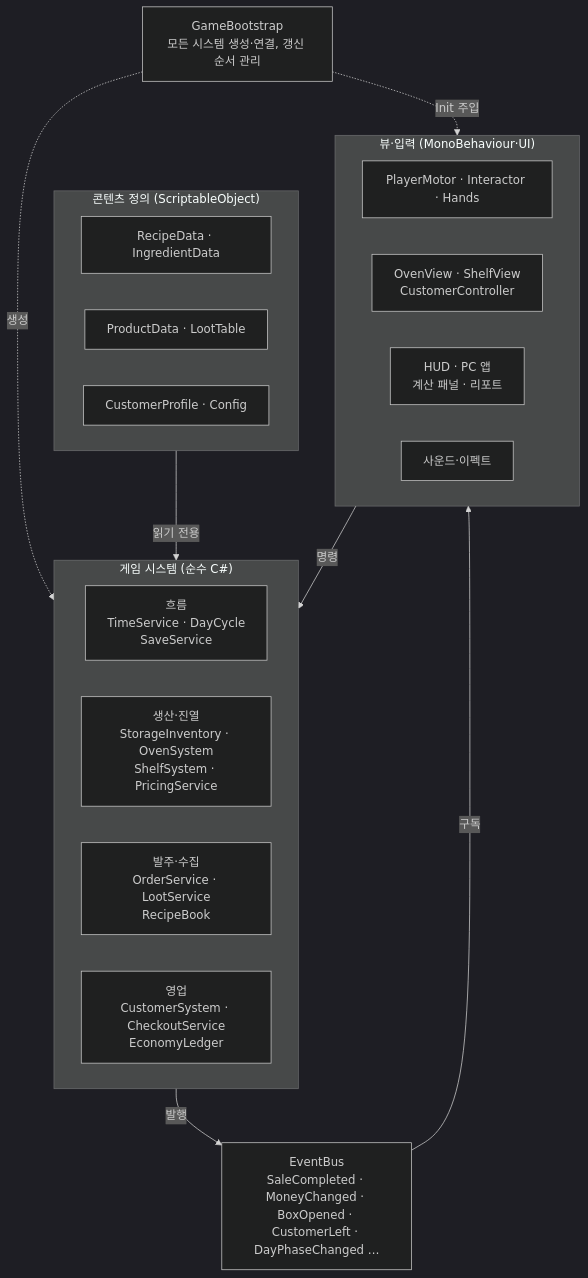
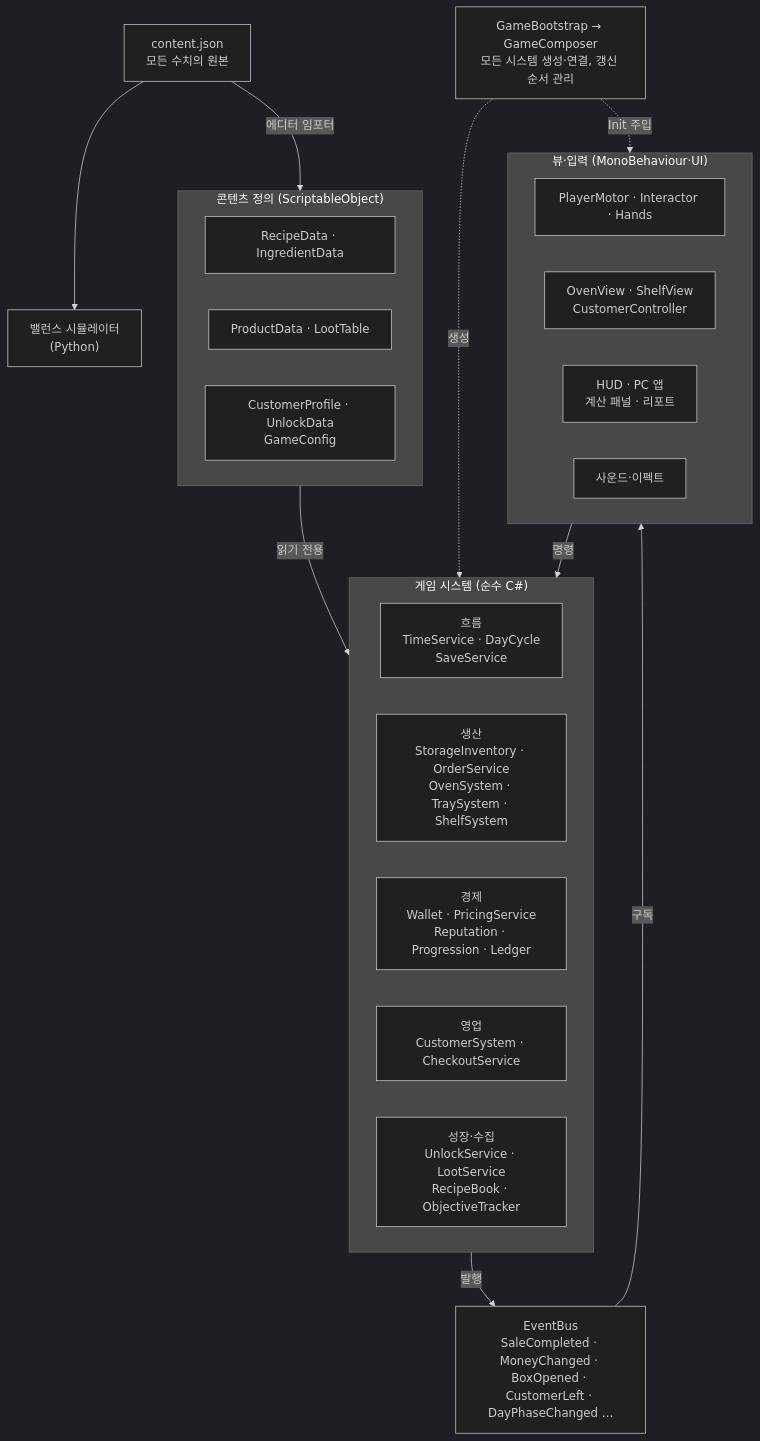
The diagram in docs/ARCHITECTURE.md (SeanKim0719/bakery-shop-simulator), drawn with Mermaid (dark theme) before and after one commit. The commit also changed other lines of this file and 43 other files, not shown here.

First line of the commit message:
docs: 기획 v2 구체화, 구현 계획(작업 45개), 수치 원본과 밸런스 시뮬레이터

````diff
--- a/docs/ARCHITECTURE.md
+++ b/docs/ARCHITECTURE.md
@@ -7,36 +7,41 @@
 ```mermaid
 flowchart TB
-    Boot["GameBootstrap<br/>모든 시스템 생성·연결, 갱신 순서 관리"]
+    Json["content.json<br/>모든 수치의 원본"]
+    Sim["밸런스 시뮬레이터<br/>(Python)"]
+    Boot["GameBootstrap → GameComposer<br/>모든 시스템 생성·연결, 갱신 순서 관리"]
 
     subgraph Data["콘텐츠 정의 (ScriptableObject)"]
         direction LR
         D1["RecipeData · IngredientData"]
         D2["ProductData · LootTable"]
-        D3["CustomerProfile · Config"]
+        D3["CustomerProfile · UnlockData<br/>GameConfig"]
     end
 
     subgraph Systems["게임 시스템 (순수 C#)"]
         direction LR
         S1["흐름<br/>TimeService · DayCycle<br/>SaveService"]
-        S2["생산·진열<br/>StorageInventory · OvenSystem<br/>ShelfSystem · PricingService"]
-        S3["발주·수집<br/>OrderService · LootService<br/>RecipeBook"]
-        S4["영업<br/>CustomerSystem · CheckoutService<br/>EconomyLedger"]
+        S2["생산<br/>StorageInventory · OrderService<br/>OvenSystem · TraySystem · ShelfSystem"]
+        S3["경제<br/>Wallet · PricingService<br/>Reputation · Progression · Ledger"]
+        S4["영업<br/>CustomerSystem · CheckoutService"]
+        S5["성장·수집<br/>UnlockService · LootService<br/>RecipeBook · ObjectiveTracker"]
     end
 
     Bus["EventBus<br/>SaleCompleted · MoneyChanged · BoxOpened · CustomerLeft · DayPhaseChanged …"]
 
     subgraph Presentation["뷰·입력 (MonoBehaviour·UI)"]
         direction LR
         V1["PlayerMotor · Interactor · Hands"]
         V2["OvenView · ShelfView<br/>CustomerController"]
         V3["HUD · PC 앱<br/>계산 패널 · 리포트"]
         V4["사운드·이펙트"]
     end
 
+    Json -->|에디터 임포터| Data
+    Json --> Sim
     Boot -. 생성 .-> Systems
     Boot -. Init 주입 .-> Presentation
     Data -->|읽기 전용| Systems
     Systems -->|발행| Bus
     Bus -->|구독| Presentation
     Presentation -->|명령| Systems
 ```
````
